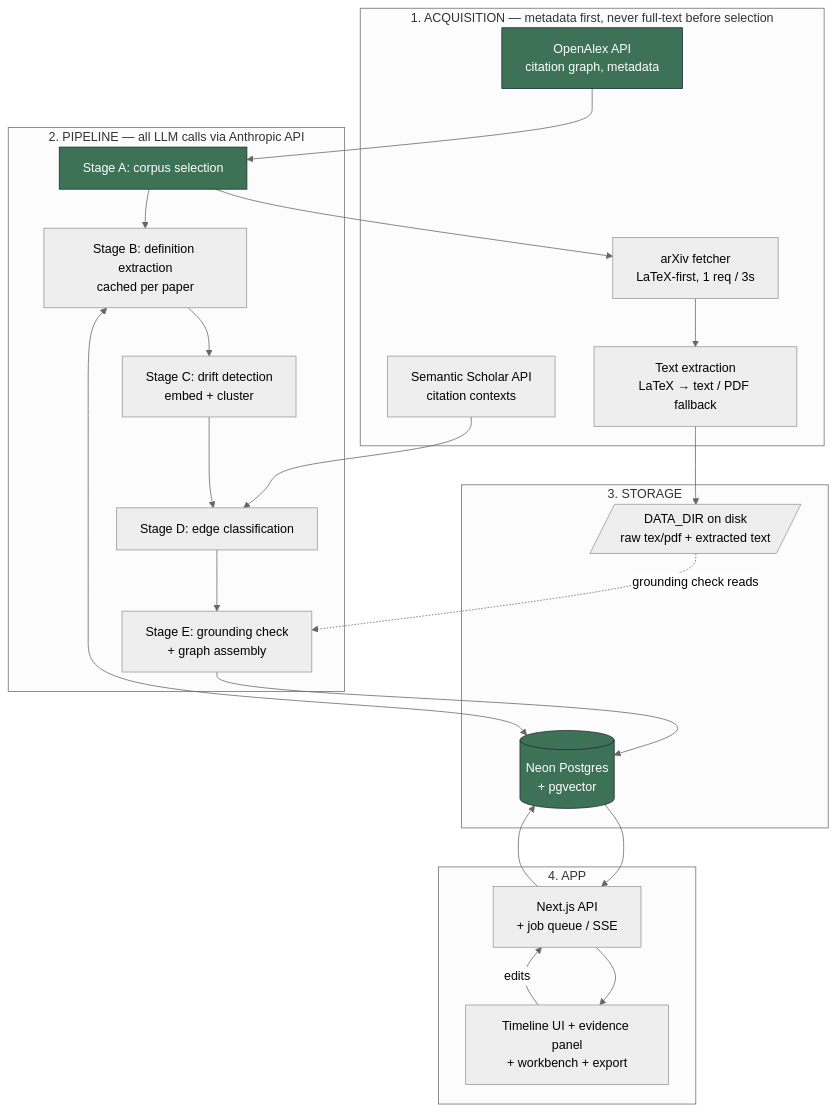
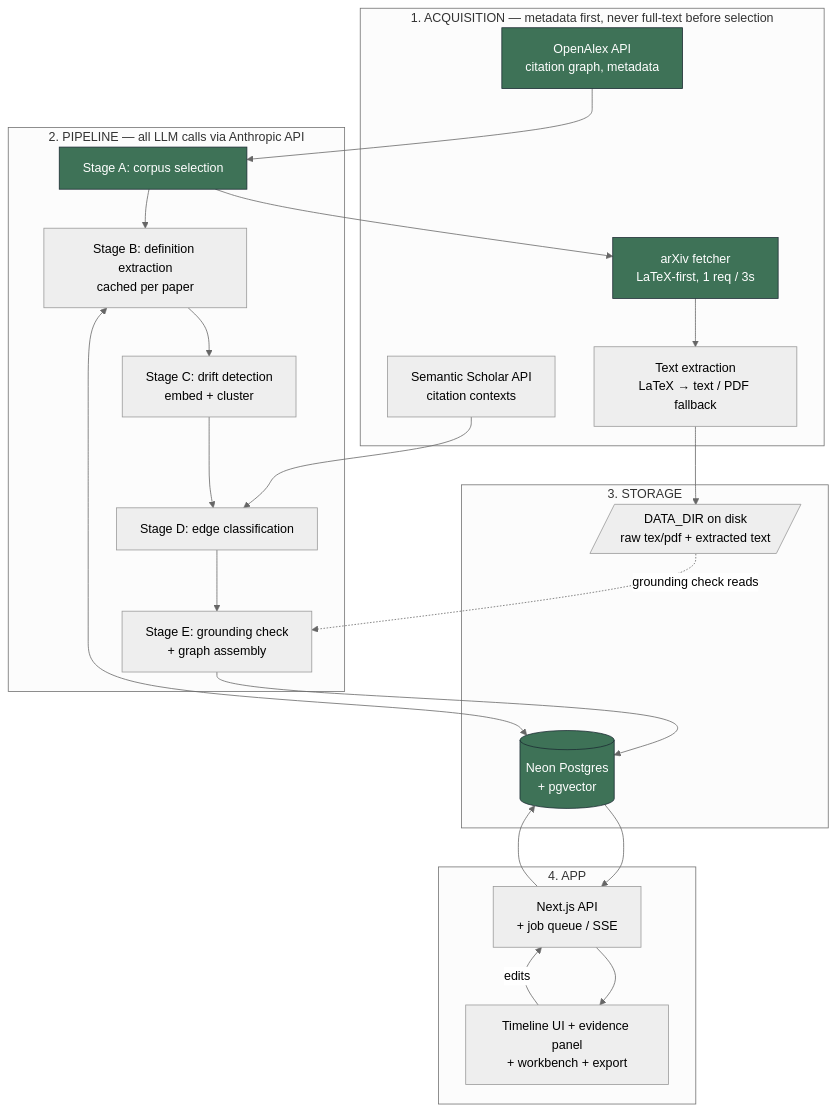
The first of 2 diagrams in docs/ARCHITECTURE.md (rgok001/Lineage), drawn with Mermaid (neutral theme) before and after one commit. The commit also changed other lines of this file and 3 other files, not shown here.

````diff
--- a/docs/ARCHITECTURE.md
+++ b/docs/ARCHITECTURE.md
@@ -33,41 +33,41 @@
 ```mermaid
 flowchart TD
     subgraph ACQ["1. ACQUISITION — metadata first, never full-text before selection"]
         OA[OpenAlex API<br/>citation graph, metadata]
         SS[Semantic Scholar API<br/>citation contexts]
         AX[arXiv fetcher<br/>LaTeX-first, 1 req / 3s]
         EX[Text extraction<br/>LaTeX &rarr; text / PDF fallback]
     end
 
     subgraph PIPE["2. PIPELINE — all LLM calls via Anthropic API"]
         A[Stage A: corpus selection]
         B[Stage B: definition extraction<br/>cached per paper]
         C[Stage C: drift detection<br/>embed + cluster]
         D[Stage D: edge classification]
         E[Stage E: grounding check<br/>+ graph assembly]
     end
 
     subgraph STORE["3. STORAGE"]
         DB[(Neon Postgres<br/>+ pgvector)]
         DISK[/DATA_DIR on disk<br/>raw tex/pdf + extracted text/]
     end
 
     subgraph APP["4. APP"]
         API[Next.js API<br/>+ job queue / SSE]
         UI[Timeline UI + evidence panel<br/>+ workbench + export]
     end
 
     OA --> A
     A --> AX --> EX
     EX --> DISK
     A --> B --> C --> D --> E
     SS --> D
     B <--> DB
     E --> DB
     DISK -. grounding check reads .-> E
     DB --> API --> UI
     UI -- edits --> API --> DB
 
     classDef done fill:#3e7257,stroke:#1c2b33,color:#fff
-    class OA,A,DB done
+    class OA,A,AX,DB done
 ```
````
